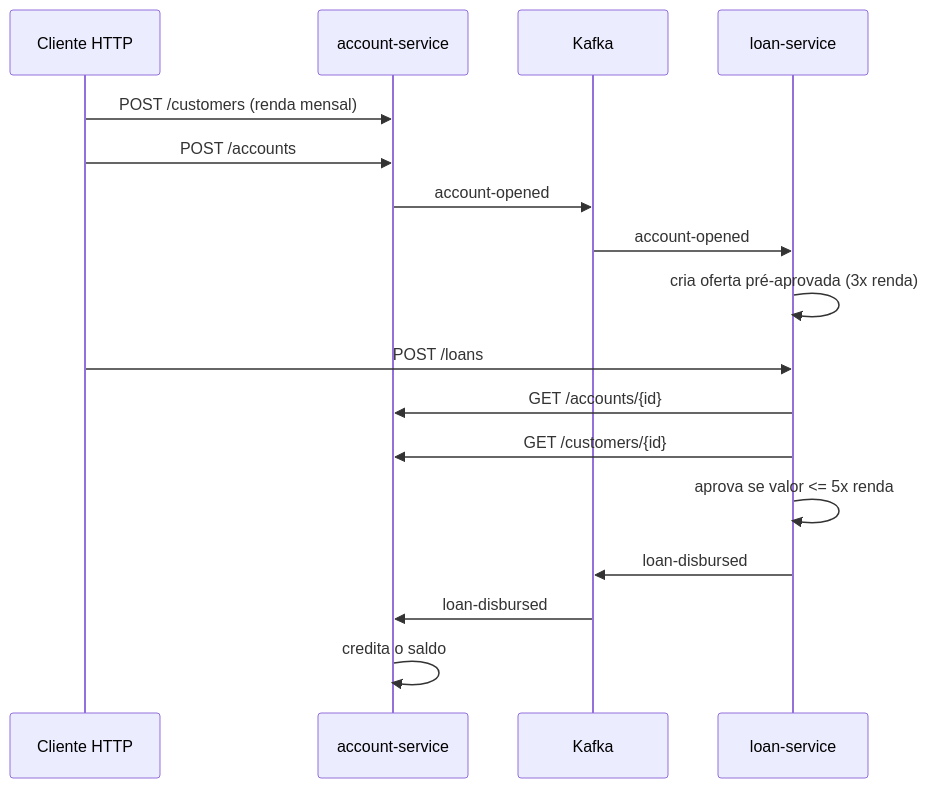
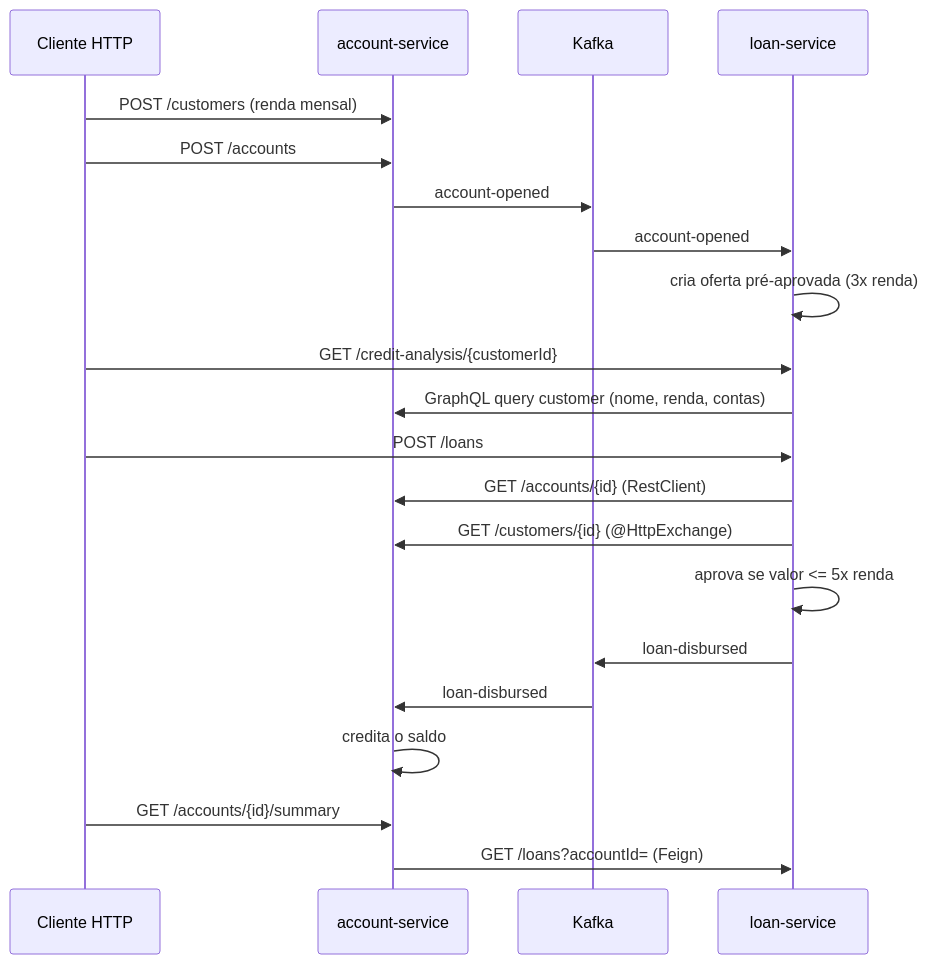
Before and after one commit to Diegobraun/system-graph-poc: the second of 2 diagrams in README.md, drawn with Mermaid. The commit also changed other lines of this file and 61 other files, not shown here.

First line of the commit message:
Extract Feign, HTTP Interface and GraphQL contracts

````diff
--- a/README.md
+++ b/README.md
@@ -70,20 +73,24 @@
 ```mermaid
 sequenceDiagram
     participant U as Cliente HTTP
     participant A as account-service
     participant K as Kafka
     participant L as loan-service
 
     U->>A: POST /customers (renda mensal)
     U->>A: POST /accounts
     A->>K: account-opened
     K->>L: account-opened
     L->>L: cria oferta pré-aprovada (3x renda)
+    U->>L: GET /credit-analysis/{customerId}
+    L->>A: GraphQL query customer (nome, renda, contas)
     U->>L: POST /loans
-    L->>A: GET /accounts/{id}
-    L->>A: GET /customers/{id}
+    L->>A: GET /accounts/{id} (RestClient)
+    L->>A: GET /customers/{id} (@HttpExchange)
     L->>L: aprova se valor <= 5x renda
     L->>K: loan-disbursed
     K->>A: loan-disbursed
     A->>A: credita o saldo
+    U->>A: GET /accounts/{id}/summary
+    A->>L: GET /loans?accountId= (Feign)
 ```
````
